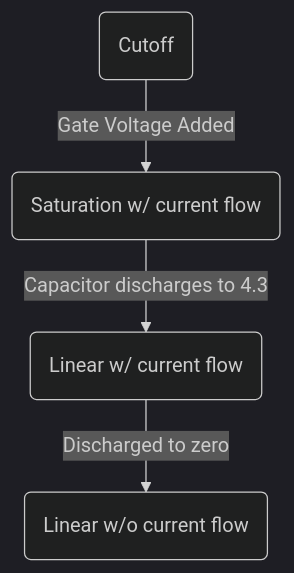
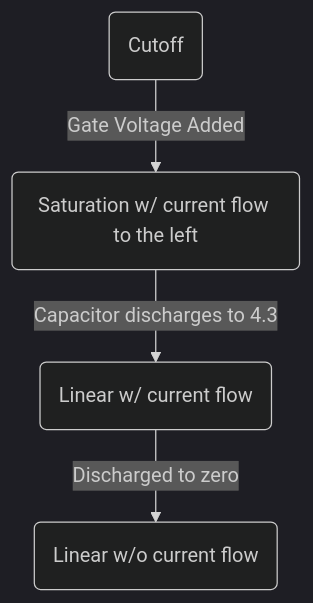
One commit to 0x9ONU/Obsidian-Notes changed the first of 4 diagrams in 2 - Graduate/1 - Year 1/Fall 2026/3 - Intro to VLSI/1 - Fundamentals/Lecture 3 - CMOS Transistors.md. Above: the diagram before and after it, drawn with Mermaid (dark theme). The commit also changed other lines of this file and 6 other files, not shown here.

````diff
--- a/2 - Graduate/1 - Year 1/Fall 2026/3 - Intro to VLSI/1 - Fundamentals/Lecture 3 - CMOS Transistors.md
+++ b/2 - Graduate/1 - Year 1/Fall 2026/3 - Intro to VLSI/1 - Fundamentals/Lecture 3 - CMOS Transistors.md
@@ -252,4 +252,4 @@
 ```mermaid
 flowchart TD
-A(Cutoff)--Gate Voltage Added-->B(Saturation w/ current flow)--Capacitor discharges to 4.3-->C(Linear w/ current flow)--Discharged to zero -->D(Linear w/o current flow)
+A(Cutoff)--Gate Voltage Added-->B(Saturation w/ current flow to the left)--Capacitor discharges to 4.3-->C(Linear w/ current flow)--Discharged to zero -->D(Linear w/o current flow)
 ```
````
